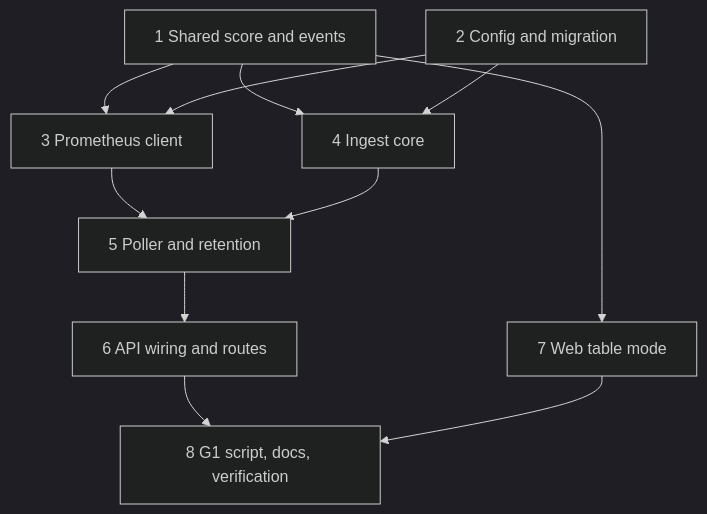
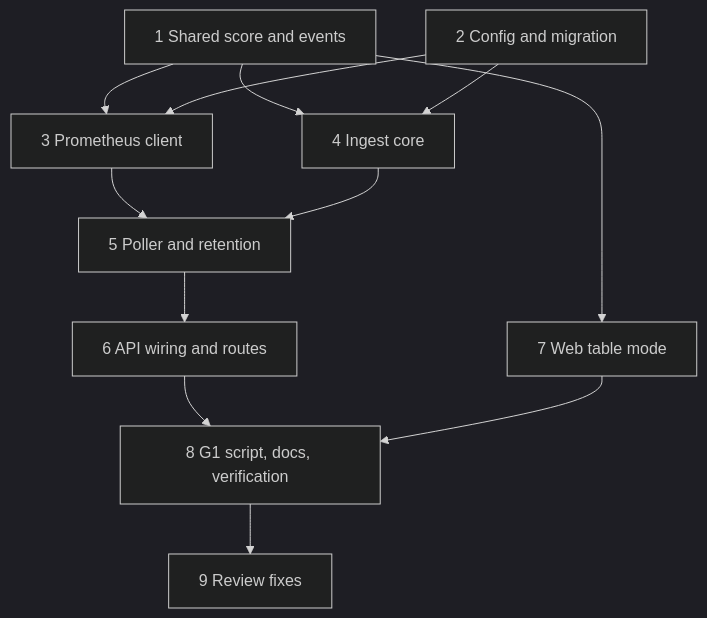
One commit to Akar-Samudra-Artifisial/Haunted-Ops changed the diagram in .kiro/specs/ingest-haunt-score/tasks.md. Above: the diagram before and after it, drawn with Mermaid (dark theme). The commit also changed other lines of this file and 70 other files, not shown here.

````diff
--- a/.kiro/specs/ingest-haunt-score/tasks.md
+++ b/.kiro/specs/ingest-haunt-score/tasks.md
@@ -129,13 +155,14 @@
 ```mermaid
 graph TD
   T1[1 Shared score and events] --> T3[3 Prometheus client]
   T1 --> T4[4 Ingest core]
   T1 --> T7[7 Web table mode]
   T2[2 Config and migration] --> T3
   T2 --> T4
   T3 --> T5[5 Poller and retention]
   T4 --> T5
   T5 --> T6[6 API wiring and routes]
   T6 --> T8[8 G1 script, docs, verification]
   T7 --> T8
+  T8 --> T9[9 Review fixes]
 ```
````
